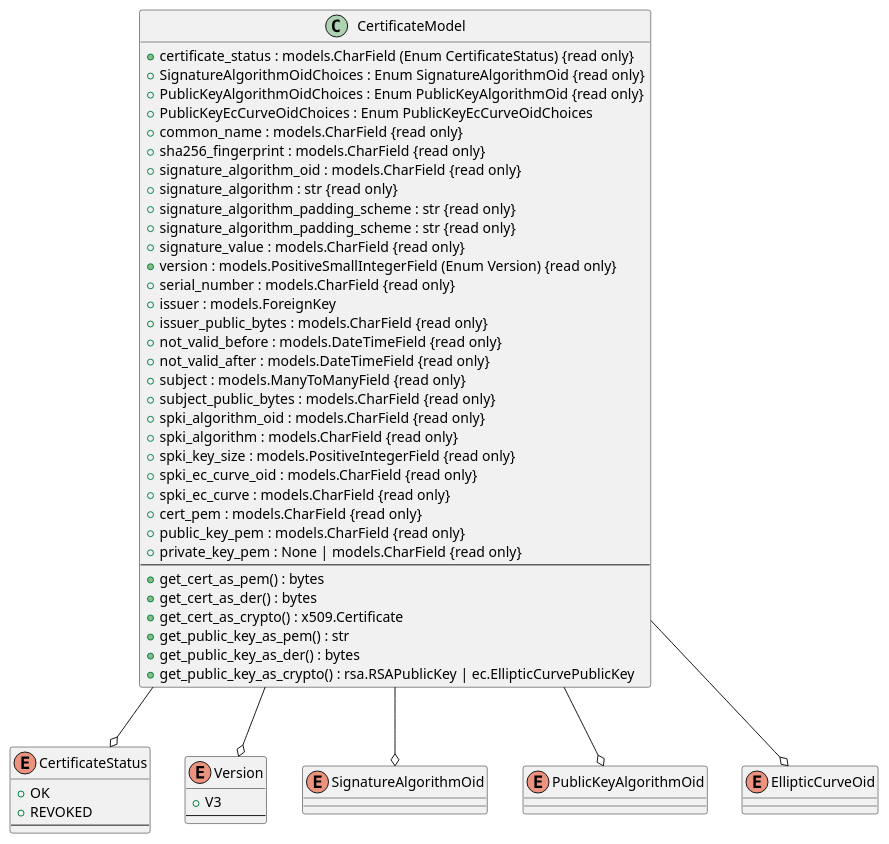
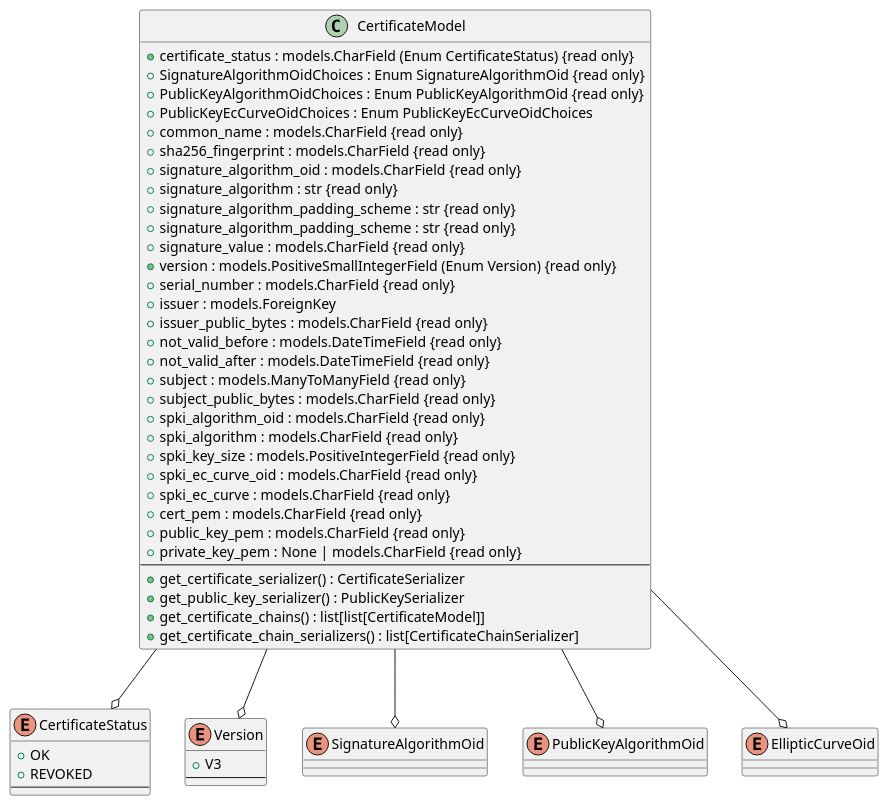
The second of 6 diagrams in docs/source/pki_models.rst (TrustPoint-Project/trustpoint), drawn with PlantUML before and after one commit. The commit also changed other lines of this file and 12 other files, not shown here.

```diff
--- a/docs/source/pki_models.rst
+++ b/docs/source/pki_models.rst
@@ -30,60 +30,58 @@
 .. uml::
     :align: center
 
     enum CertificateStatus {
         +OK
         +REVOKED
         --
     }
 
     enum Version {
         +V3
         --
     }
 
     enum SignatureAlgorithmOid
     enum PublicKeyAlgorithmOid
     enum EllipticCurveOid
 
     class CertificateModel {
         +certificate_status : models.CharField (Enum CertificateStatus) {read only}
         +SignatureAlgorithmOidChoices : Enum SignatureAlgorithmOid {read only}
         +PublicKeyAlgorithmOidChoices : Enum PublicKeyAlgorithmOid {read only}
         +PublicKeyEcCurveOidChoices : Enum PublicKeyEcCurveOidChoices
         +common_name : models.CharField {read only}
         +sha256_fingerprint : models.CharField {read only}
         +signature_algorithm_oid : models.CharField {read only}
         +signature_algorithm : str {read only}
         +signature_algorithm_padding_scheme : str {read only}
         +signature_algorithm_padding_scheme : str {read only}
         +signature_value : models.CharField {read only}
         +version : models.PositiveSmallIntegerField (Enum Version) {read only}
         +serial_number : models.CharField {read only}
         +issuer : models.ForeignKey
         +issuer_public_bytes : models.CharField {read only}
         +not_valid_before : models.DateTimeField {read only}
         +not_valid_after : models.DateTimeField {read only}
         +subject : models.ManyToManyField {read only}
         +subject_public_bytes : models.CharField {read only}
         +spki_algorithm_oid : models.CharField {read only}
         +spki_algorithm : models.CharField {read only}
         +spki_key_size : models.PositiveIntegerField {read only}
         +spki_ec_curve_oid : models.CharField {read only}
         +spki_ec_curve : models.CharField {read only}
         +cert_pem : models.CharField {read only}
         +public_key_pem : models.CharField {read only}
         +private_key_pem : None | models.CharField {read only}
         --
-        +get_cert_as_pem() : bytes
-        +get_cert_as_der() : bytes
-        +get_cert_as_crypto() : x509.Certificate
-        +get_public_key_as_pem() : str
-        +get_public_key_as_der() : bytes
-        +get_public_key_as_crypto() : rsa.RSAPublicKey | ec.EllipticCurvePublicKey
+        +get_certificate_serializer() : CertificateSerializer
+        +get_public_key_serializer() : PublicKeySerializer
+        +get_certificate_chains() : list[list[CertificateModel]]
+        +get_certificate_chain_serializers() : list[CertificateChainSerializer]
     }
 
     CertificateModel --o CertificateStatus
     CertificateModel --o Version
     CertificateModel --o SignatureAlgorithmOid
     CertificateModel --o PublicKeyAlgorithmOid
     CertificateModel --o EllipticCurveOid
```
